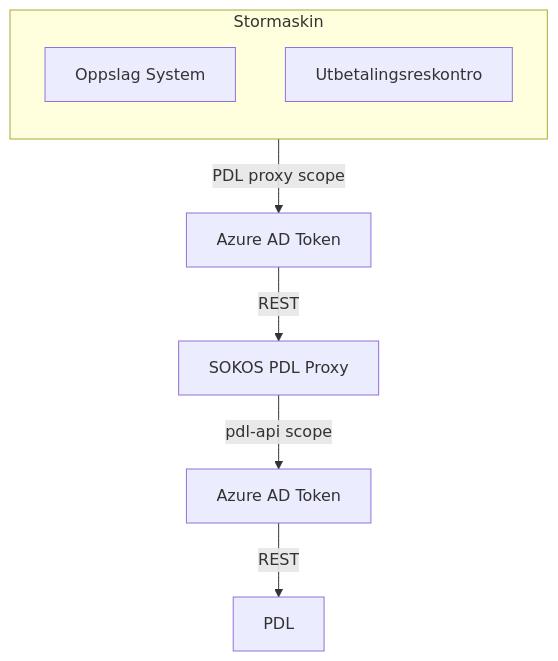
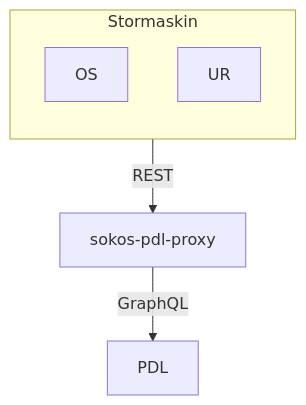
Before and after one commit to navikt/sokos-pdl-proxy: the diagram in dokumentasjon/system-diagram.md, drawn with Mermaid. The commit also changed other lines of this file, not shown here.

````diff
--- a/dokumentasjon/system-diagram.md
+++ b/dokumentasjon/system-diagram.md
@@ -3,17 +3,15 @@
 ```mermaid
 flowchart TB
 
 subgraph k1 [Stormaskin]
   direction TB
-  OS[Oppslag System]     
-  UR[Utbetalingsreskontro]     
+  OS     
+  UR     
 end
 
 
-k1 --> |PDL proxy scope| AADT[Azure AD Token]
-AADT --> |REST| SPP
-SPP[SOKOS PDL Proxy] --> |pdl-api scope| AAD[Azure AD Token]
-AAD --> |REST| PDL
+k1 --> |REST| SPP
+SPP[sokos-pdl-proxy] --> |GraphQL| PDL
 
 
 ```
````
